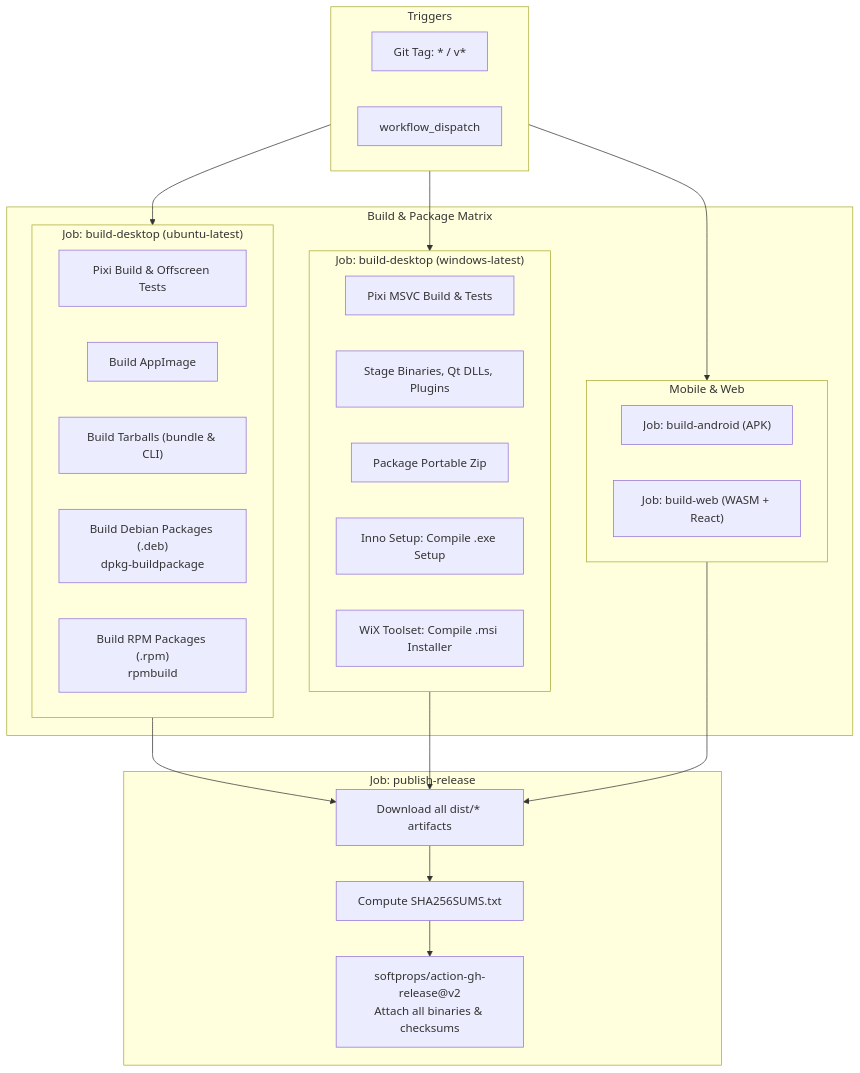
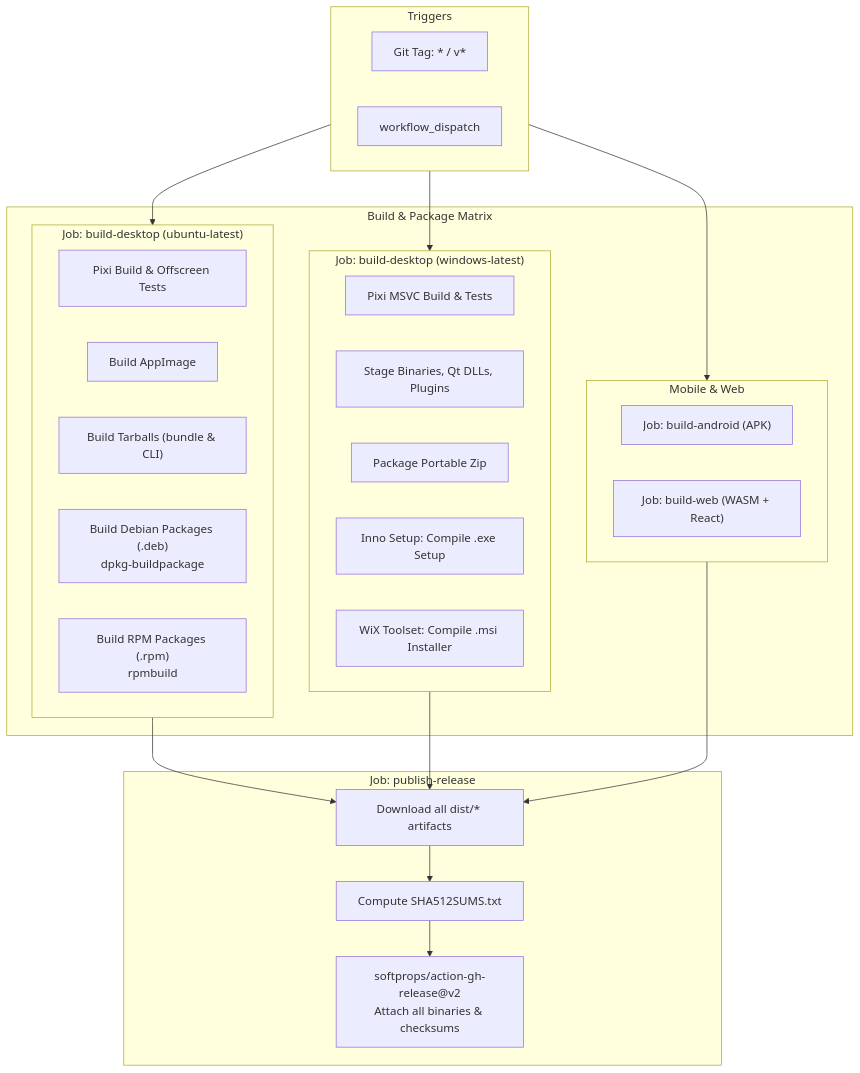
The fourth of 5 diagrams in docs/plans/packages_plan.md (kgorelov/mkpass), drawn with Mermaid before and after one commit. The commit also changed other lines of this file and 4 other files, not shown here.

````diff
--- a/docs/plans/packages_plan.md
+++ b/docs/plans/packages_plan.md
@@ -557,45 +557,45 @@
 ```mermaid
 flowchart TD
     subgraph Triggers ["Triggers"]
         Tag["Git Tag: * / v*"]
         Manual["workflow_dispatch"]
     end
 
     subgraph Matrix ["Build & Package Matrix"]
         subgraph LinuxRunner ["Job: build-desktop (ubuntu-latest)"]
             L_Build["Pixi Build & Offscreen Tests"]
             L_AppImage["Build AppImage"]
             L_Bundle["Build Tarballs (bundle & CLI)"]
             L_Deb["Build Debian Packages (.deb)<br>dpkg-buildpackage"]
             L_Rpm["Build RPM Packages (.rpm)<br>rpmbuild"]
         end
 
         subgraph WindowsRunner ["Job: build-desktop (windows-latest)"]
             W_Build["Pixi MSVC Build & Tests"]
             W_Stage["Stage Binaries, Qt DLLs, Plugins"]
             W_Zip["Package Portable Zip"]
             W_Inno["Inno Setup: Compile .exe Setup"]
             W_WiX["WiX Toolset: Compile .msi Installer"]
         end
 
         subgraph OtherRunners ["Mobile & Web"]
             J_Android["Job: build-android (APK)"]
             J_Web["Job: build-web (WASM + React)"]
         end
     end
 
     subgraph ReleaseJob ["Job: publish-release"]
         Collect["Download all dist/* artifacts"]
-        Checksums["Compute SHA256SUMS.txt"]
+        Checksums["Compute SHA512SUMS.txt"]
         Publish["softprops/action-gh-release@v2<br>Attach all binaries & checksums"]
     end
 
     Triggers --> LinuxRunner
     Triggers --> WindowsRunner
     Triggers --> OtherRunners
 
     LinuxRunner --> Collect
     WindowsRunner --> Collect
     OtherRunners --> Collect
     Collect --> Checksums --> Publish
 ```
````
